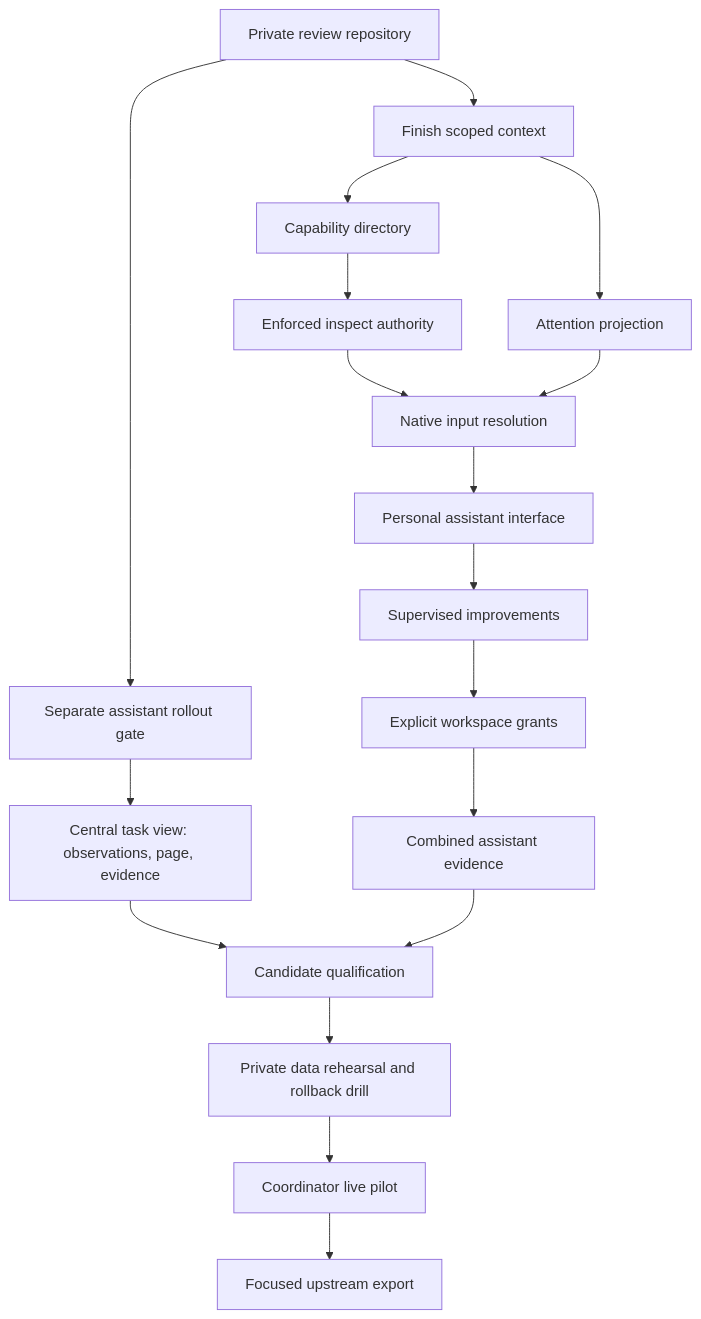
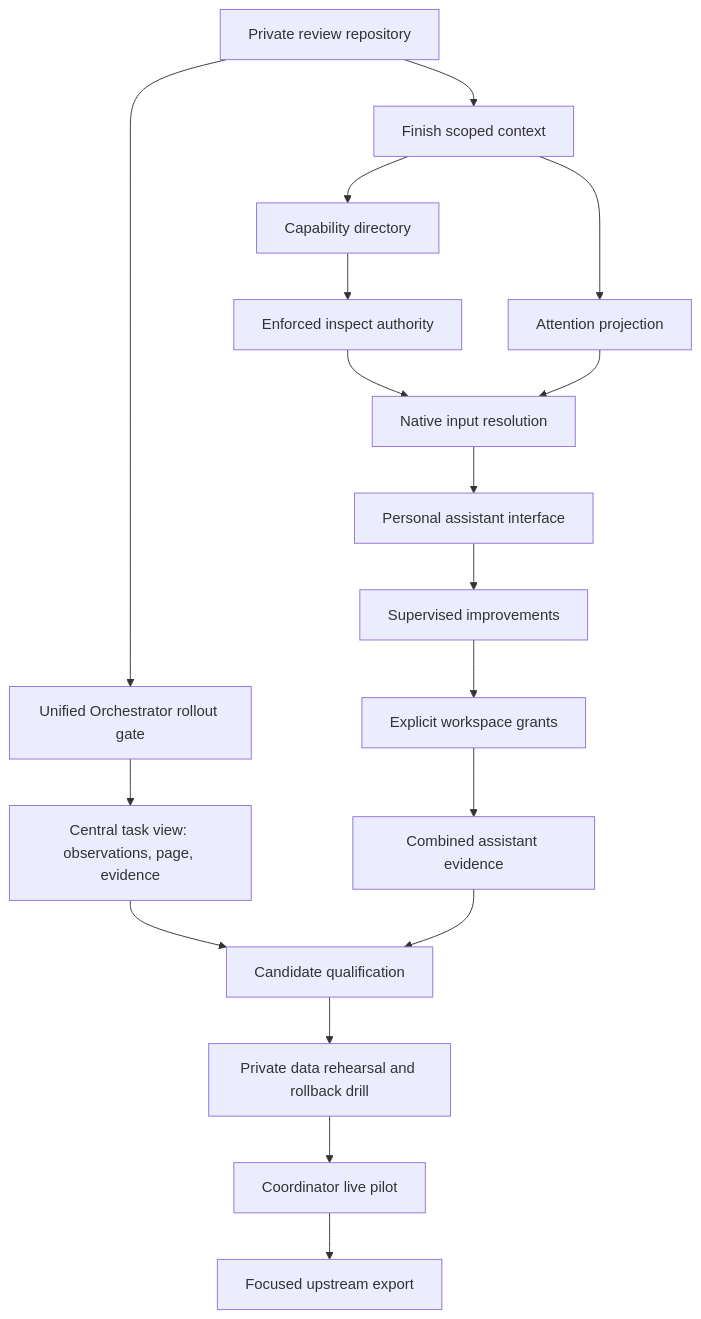
The diagram in docs/plans/orchestration-delivery/plan.md (Corey-Fogg/kandev), drawn with Mermaid before and after one commit. The commit also changed other lines of this file and 37 other files, not shown here.

Commit message:
refactor(orchestration): unify assistant under orchestrator

````diff
--- a/docs/plans/orchestration-delivery/plan.md
+++ b/docs/plans/orchestration-delivery/plan.md
@@ -85,20 +85,20 @@
 ```mermaid
 flowchart TD
-  R[Private review repository] --> G[Separate assistant rollout gate]
+  R[Private review repository] --> G[Unified Orchestrator rollout gate]
   G --> V[Central task view: observations, page, evidence]
   V --> Q[Candidate qualification]
   Q --> D[Private data rehearsal and rollback drill]
   D --> L[Coordinator live pilot]
   R --> C[Finish scoped context]
   C --> K[Capability directory]
   K --> A[Enforced inspect authority]
   C --> T[Attention projection]
   A --> I[Native input resolution]
   T --> I
   I --> U[Personal assistant interface]
   U --> F[Supervised improvements]
   F --> W[Explicit workspace grants]
   W --> E[Combined assistant evidence]
   E --> Q
   L --> X[Focused upstream export]
 ```
````
